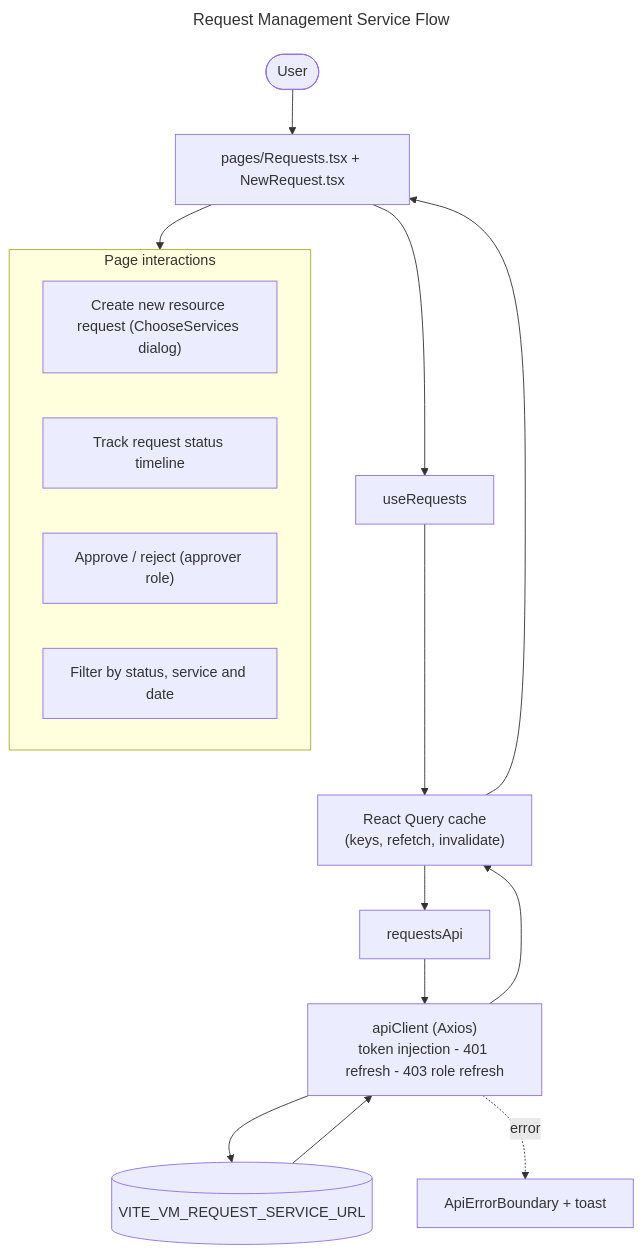
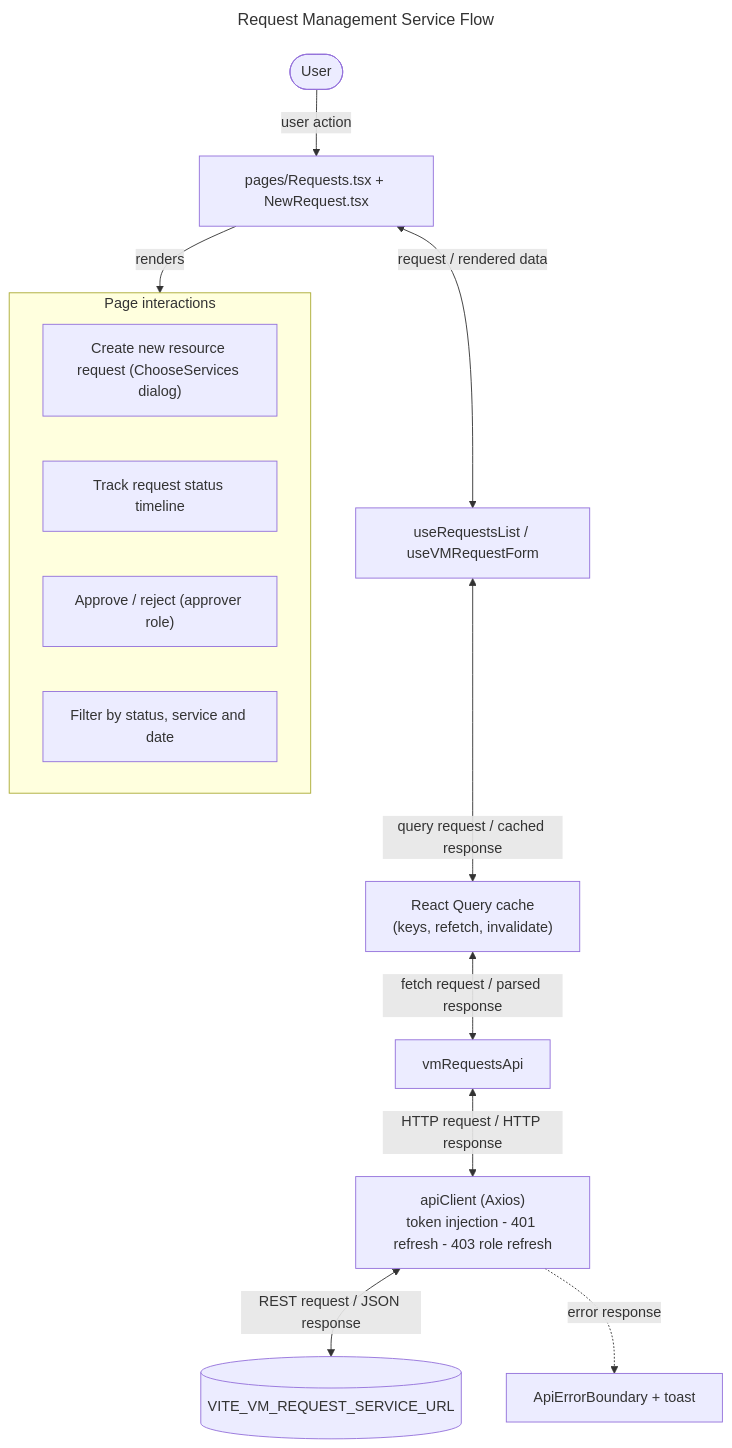
Before and after one commit to sayeeduddinofficial/user-table-view: the diagram in docs/flowcharts/requests.mmd, drawn with Mermaid. The commit also changed 18 other files, not shown here.

```diff
--- a/docs/flowcharts/requests.mmd
+++ b/docs/flowcharts/requests.mmd
@@ -1,19 +1,18 @@
 ---
 title: Request Management Service Flow
 ---
 flowchart TD
-  U([User]) --> P["pages/Requests.tsx + NewRequest.tsx"]
-  P --> H["useRequests"]
-  H --> Q["React Query cache<br/>(keys, refetch, invalidate)"]
-  Q --> A["requestsApi"]
-  A --> C["apiClient (Axios)<br/>token injection - 401 refresh - 403 role refresh"]
-  C --> S[("VITE_VM_REQUEST_SERVICE_URL")]
-  S --> C --> Q --> P
+  U([User]) -->|"user action"| P["pages/Requests.tsx + NewRequest.tsx"]
+  P <-->|"request / rendered data"| H["useRequestsList / useVMRequestForm"]
+  H <-->|"query request / cached response"| Q["React Query cache<br/>(keys, refetch, invalidate)"]
+  Q <-->|"fetch request / parsed response"| A["vmRequestsApi"]
+  A <-->|"HTTP request / HTTP response"| C["apiClient (Axios)<br/>token injection - 401 refresh - 403 role refresh"]
+  C <-->|"REST request / JSON response"| S[("VITE_VM_REQUEST_SERVICE_URL")]
+  P -->|"renders"| UI
   subgraph UI[Page interactions]
     S0["Create new resource request (ChooseServices dialog)"]
     S1["Track request status timeline"]
     S2["Approve / reject (approver role)"]
     S3["Filter by status, service and date"]
   end
-  P --> UI
-  C -. error .-> E["ApiErrorBoundary + toast"]
+  C -. "error response" .-> E["ApiErrorBoundary + toast"]
```
